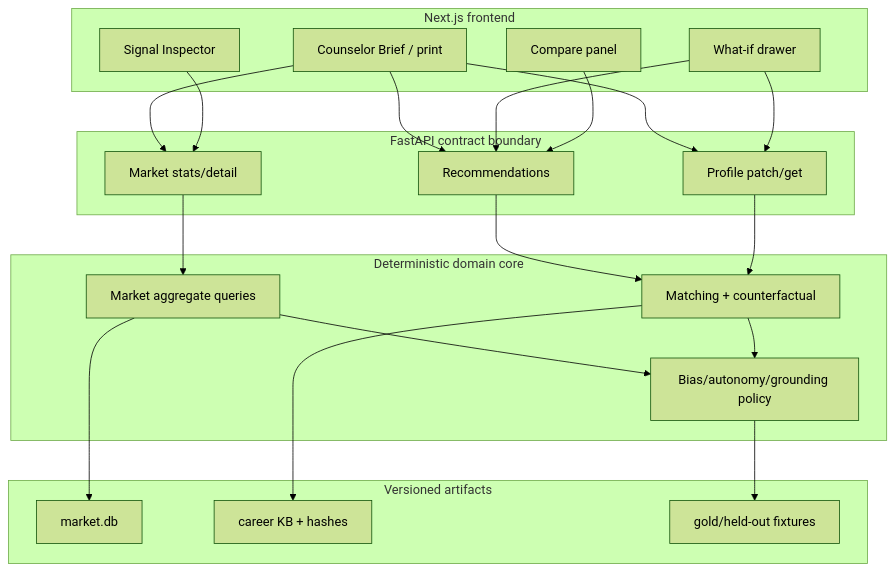
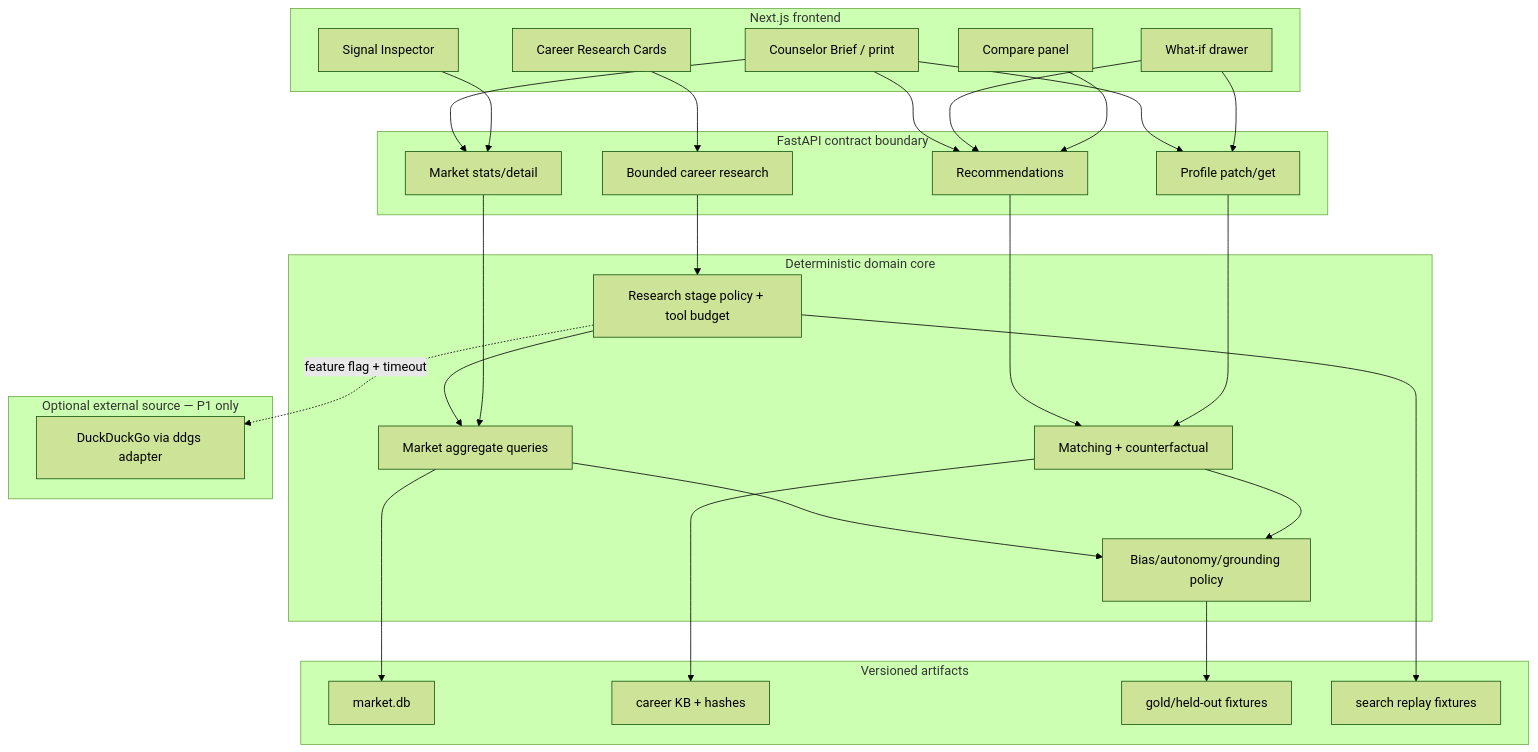
The second of 2 diagrams in docs/next/DAY3_PLAN.md (MRXz194/TitanHack_Careercompass), drawn with Mermaid (forest theme) before and after one commit. The commit also changed other lines of this file and 5 other files, not shown here.

````diff
--- a/docs/next/DAY3_PLAN.md
+++ b/docs/next/DAY3_PLAN.md
@@ -75,43 +93,56 @@
 ```mermaid
 flowchart TB
     subgraph FE["Next.js frontend"]
       Compare["Compare panel"]
       WhatIf["What-if drawer"]
       Inspector["Signal Inspector"]
       Brief["Counselor Brief / print"]
+      Research["Career Research Cards"]
     end
 
     subgraph API["FastAPI contract boundary"]
       ProfileAPI["Profile patch/get"]
       RecommendAPI["Recommendations"]
       MarketAPI["Market stats/detail"]
+      ResearchAPI["Bounded career research"]
     end
 
     subgraph Core["Deterministic domain core"]
       Match["Matching + counterfactual"]
       Policy["Bias/autonomy/grounding policy"]
       Stats["Market aggregate queries"]
+      AgentPolicy["Research stage policy + tool budget"]
     end
 
     subgraph Data["Versioned artifacts"]
       MarketDB["market.db"]
       CareerKB["career KB + hashes"]
       Eval["gold/held-out fixtures"]
+      Replay["search replay fixtures"]
+    end
+
+    subgraph External["Optional external source — P1 only"]
+      DDG["DuckDuckGo via ddgs adapter"]
     end
 
     Compare --> RecommendAPI
     WhatIf --> ProfileAPI
     WhatIf --> RecommendAPI
     Inspector --> MarketAPI
+    Research --> ResearchAPI
     Brief --> ProfileAPI
     Brief --> RecommendAPI
     Brief --> MarketAPI
     ProfileAPI --> Match
     RecommendAPI --> Match
     MarketAPI --> Stats
+    ResearchAPI --> AgentPolicy
+    AgentPolicy --> Stats
+    AgentPolicy --> Replay
+    AgentPolicy -. "feature flag + timeout" .-> DDG
     Match --> Policy
     Stats --> Policy
     Match --> CareerKB
     Stats --> MarketDB
     Policy --> Eval
 ```
````
